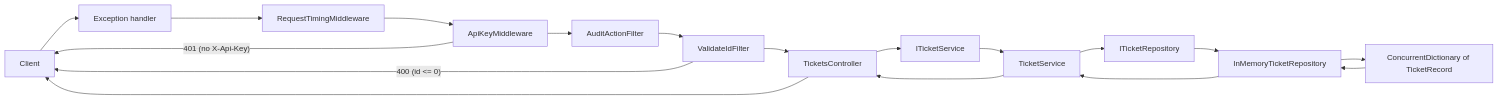
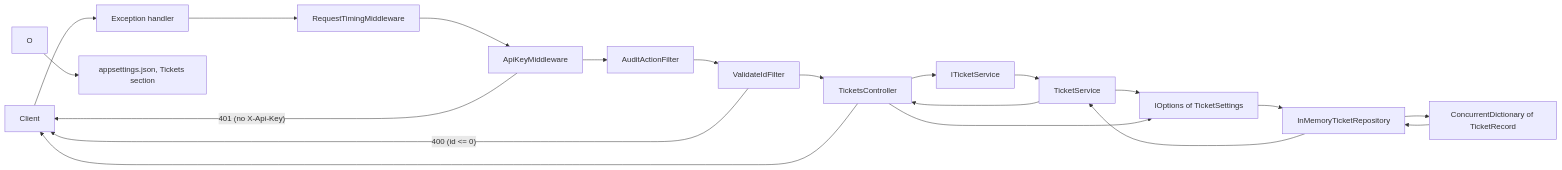
One commit to sanbrasp/advancedbackendprogramming changed the diagram in HelpDesk.Api/README.md. Above: the diagram before and after it, drawn with Mermaid. The commit also changed other lines of this file, not shown here.

Commit message:
docs: update data flow section

````diff
--- a/HelpDesk.Api/README.md
+++ b/HelpDesk.Api/README.md
@@ -105,20 +105,22 @@
 ```mermaid
 flowchart LR
   C[Client] --> E[Exception handler]
   E --> R[RequestTimingMiddleware]
   R --> K[ApiKeyMiddleware]
   K -- "401 (no X-Api-Key)" --> C
   K --> F[AuditActionFilter]
   F --> V[ValidateIdFilter]
   V -- "400 (id <= 0)" --> C
   V --> T[TicketsController]
   T --> S[ITicketService]
   S --> TS[TicketService]
   TS --> I[ITicketRepository]
   I --> M[InMemoryTicketRepository]
   M --> D[ConcurrentDictionary of TicketRecord]
   D --> M
   M --> TS
   TS --> T
   T --> C
+  T --> I[IOptions of TicketSettings]
+  O --> A[appsettings.json, Tickets section]
 ```
````
